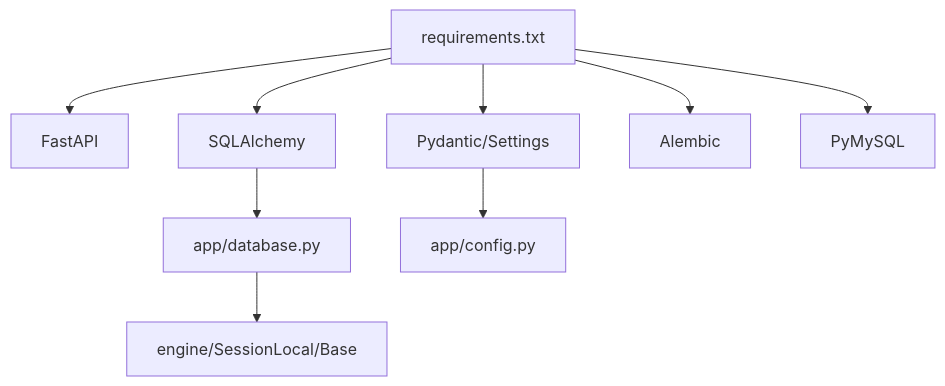
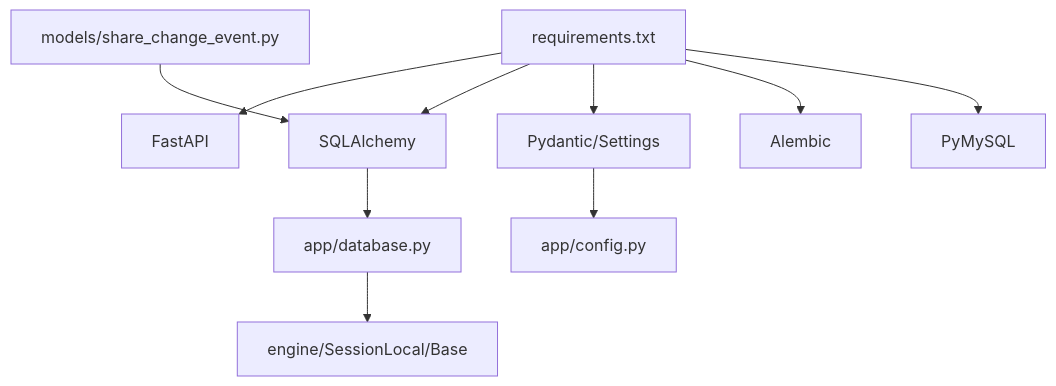
Before and after one commit to gujialind/InvestRing: the fourth of 4 diagrams in .qoder/repowiki/zh/content/开发指南/部署指南/数据库部署.md, drawn with Mermaid. The commit also changed other lines of this file and 42 other files, not shown here.

````diff
--- a/.qoder/repowiki/zh/content/开发指南/部署指南/数据库部署.md
+++ b/.qoder/repowiki/zh/content/开发指南/部署指南/数据库部署.md
@@ -261,11 +319,12 @@
 ```mermaid
 graph TB
 R["requirements.txt"] --> F["FastAPI"]
 R --> S["SQLAlchemy"]
 R --> P["Pydantic/Settings"]
 R --> A["Alembic"]
 R --> PM["PyMySQL"]
 S --> D["app/database.py"]
 P --> C["app/config.py"]
 D --> E["engine/SessionLocal/Base"]
+M["models/share_change_event.py"] --> S
 ```
````
